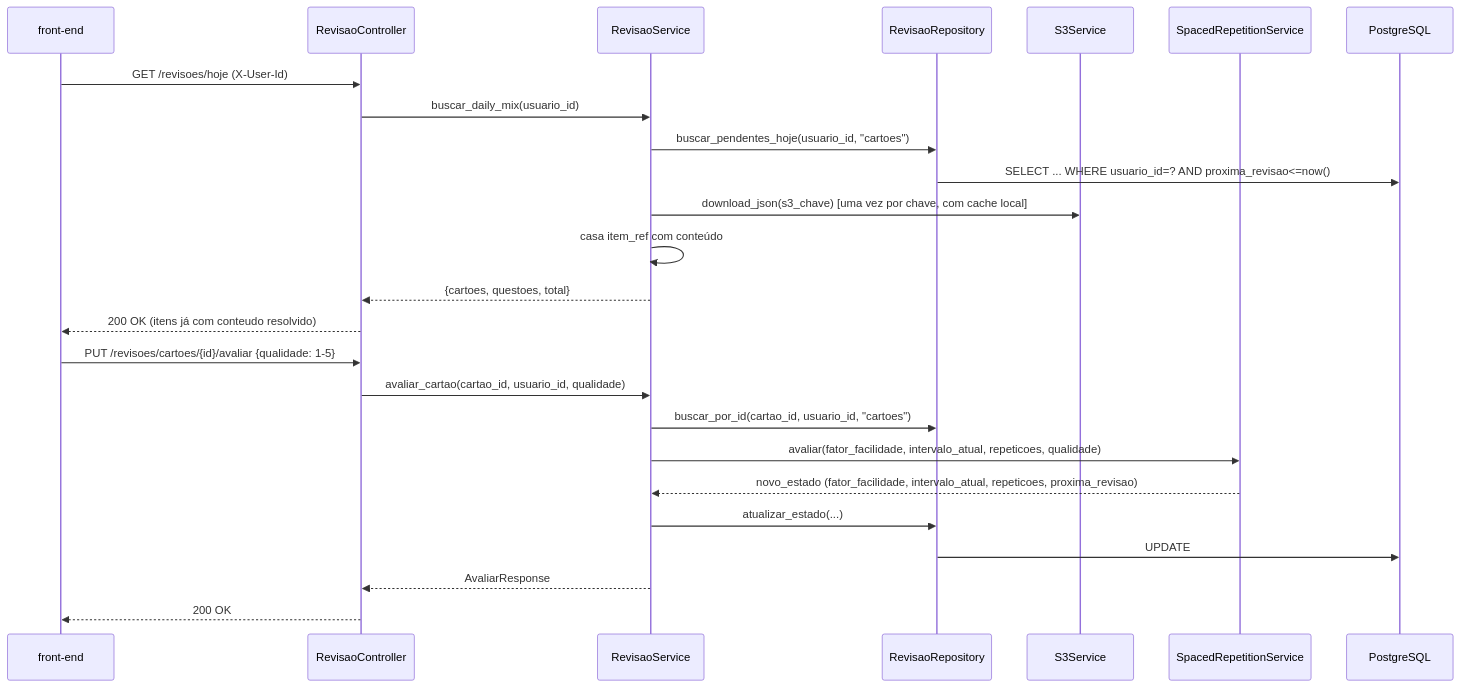
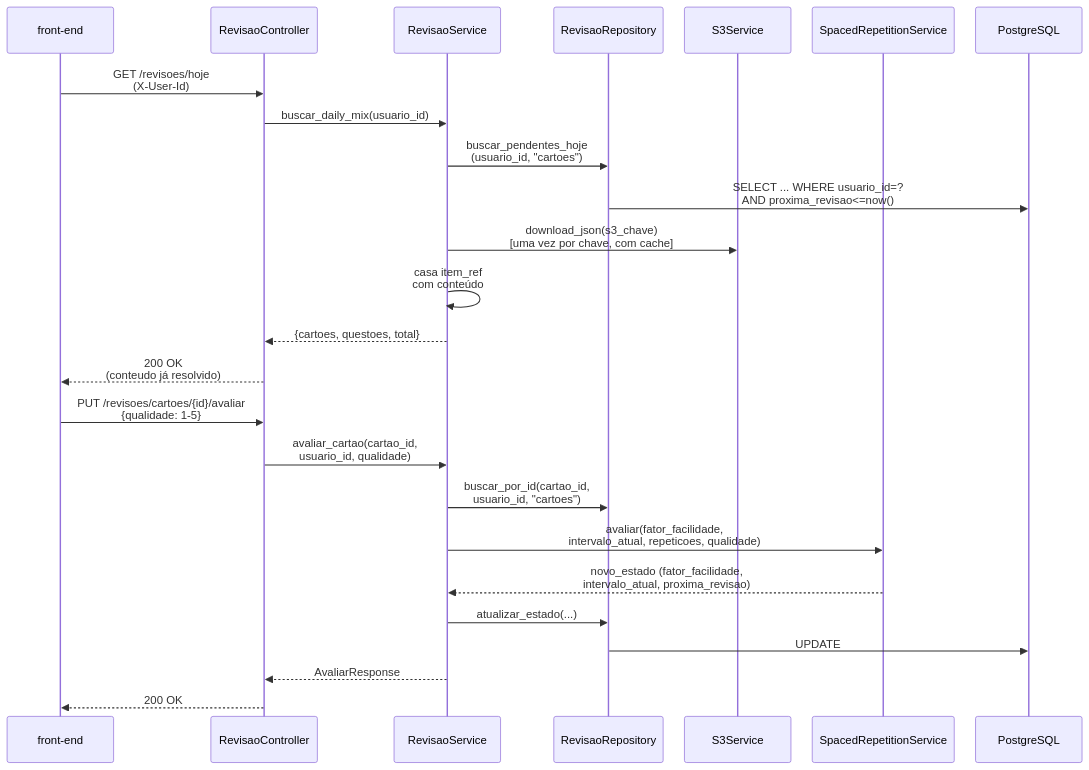
One commit to joaopedro-albuquerque/bright-edtech-backend changed the fourth of 4 diagrams in .context/projeto-componentes-interacao-seguranca.md. Above: the diagram before and after it, drawn with Mermaid. The commit also changed other lines of this file, not shown here.

First line of the commit message:
docs: compacta diagramas de sequencia da secao 4.5 (espacamento e quebras de linha)

````diff
--- a/.context/projeto-componentes-interacao-seguranca.md
+++ b/.context/projeto-componentes-interacao-seguranca.md
@@ -181,29 +183,30 @@
 ```mermaid
+%%{init: {'sequence': {'actorMargin': 30, 'messageMargin': 20, 'boxMargin': 6, 'diagramMarginX': 10, 'diagramMarginY': 10}}}%%
 sequenceDiagram
     participant FE as front-end
     participant RC as RevisaoController
     participant RS as RevisaoService
     participant Repo as RevisaoRepository
     participant S3S as S3Service
     participant SR as SpacedRepetitionService
     participant DB as PostgreSQL
 
-    FE->>RC: GET /revisoes/hoje (X-User-Id)
+    FE->>RC: GET /revisoes/hoje<br/>(X-User-Id)
     RC->>RS: buscar_daily_mix(usuario_id)
-    RS->>Repo: buscar_pendentes_hoje(usuario_id, "cartoes")
-    Repo->>DB: SELECT ... WHERE usuario_id=? AND proxima_revisao<=now()
-    RS->>S3S: download_json(s3_chave) [uma vez por chave, com cache local]
-    RS->>RS: casa item_ref com conteúdo
+    RS->>Repo: buscar_pendentes_hoje<br/>(usuario_id, "cartoes")
+    Repo->>DB: SELECT ... WHERE usuario_id=?<br/>AND proxima_revisao<=now()
+    RS->>S3S: download_json(s3_chave)<br/>[uma vez por chave, com cache]
+    RS->>RS: casa item_ref<br/>com conteúdo
     RS-->>RC: {cartoes, questoes, total}
-    RC-->>FE: 200 OK (itens já com conteudo resolvido)
+    RC-->>FE: 200 OK<br/>(conteudo já resolvido)
 
-    FE->>RC: PUT /revisoes/cartoes/{id}/avaliar {qualidade: 1-5}
-    RC->>RS: avaliar_cartao(cartao_id, usuario_id, qualidade)
-    RS->>Repo: buscar_por_id(cartao_id, usuario_id, "cartoes")
-    RS->>SR: avaliar(fator_facilidade, intervalo_atual, repeticoes, qualidade)
-    SR-->>RS: novo_estado (fator_facilidade, intervalo_atual, repeticoes, proxima_revisao)
+    FE->>RC: PUT /revisoes/cartoes/{id}/avaliar<br/>{qualidade: 1-5}
+    RC->>RS: avaliar_cartao(cartao_id,<br/>usuario_id, qualidade)
+    RS->>Repo: buscar_por_id(cartao_id,<br/>usuario_id, "cartoes")
+    RS->>SR: avaliar(fator_facilidade,<br/>intervalo_atual, repeticoes, qualidade)
+    SR-->>RS: novo_estado (fator_facilidade,<br/>intervalo_atual, proxima_revisao)
     RS->>Repo: atualizar_estado(...)
     Repo->>DB: UPDATE
     RS-->>RC: AvaliarResponse
     RC-->>FE: 200 OK
 ```
````
